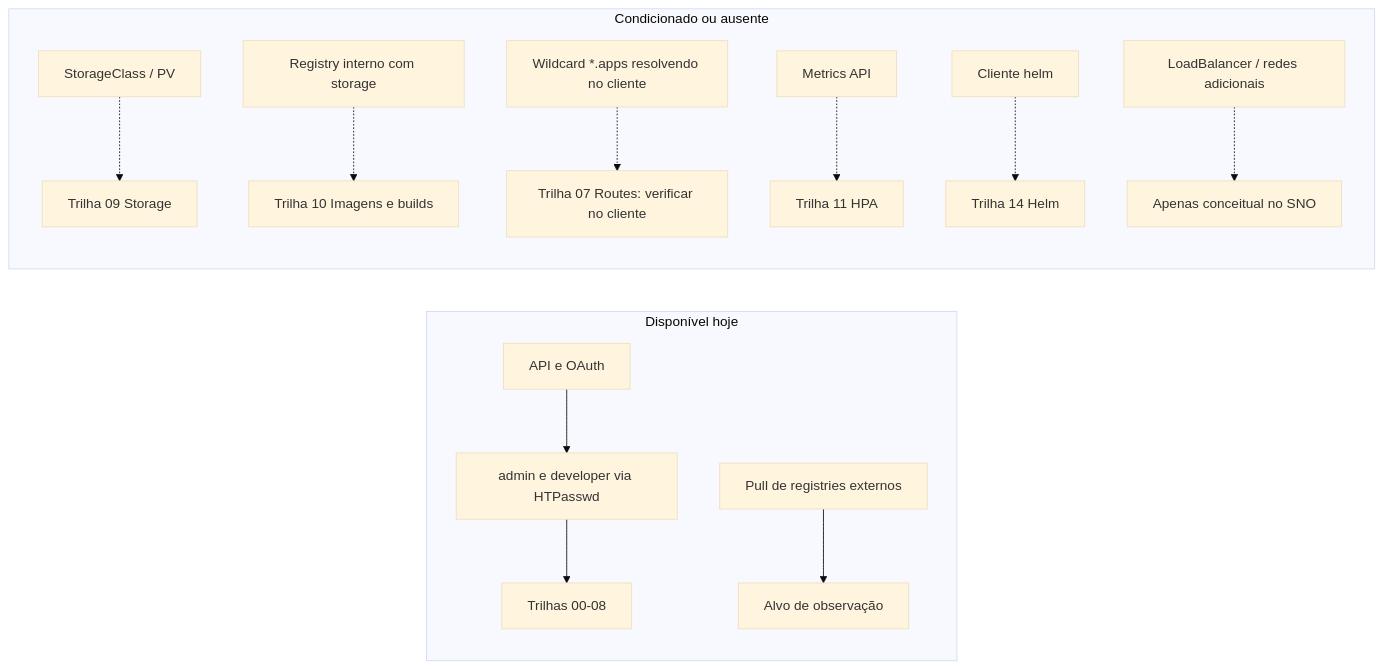
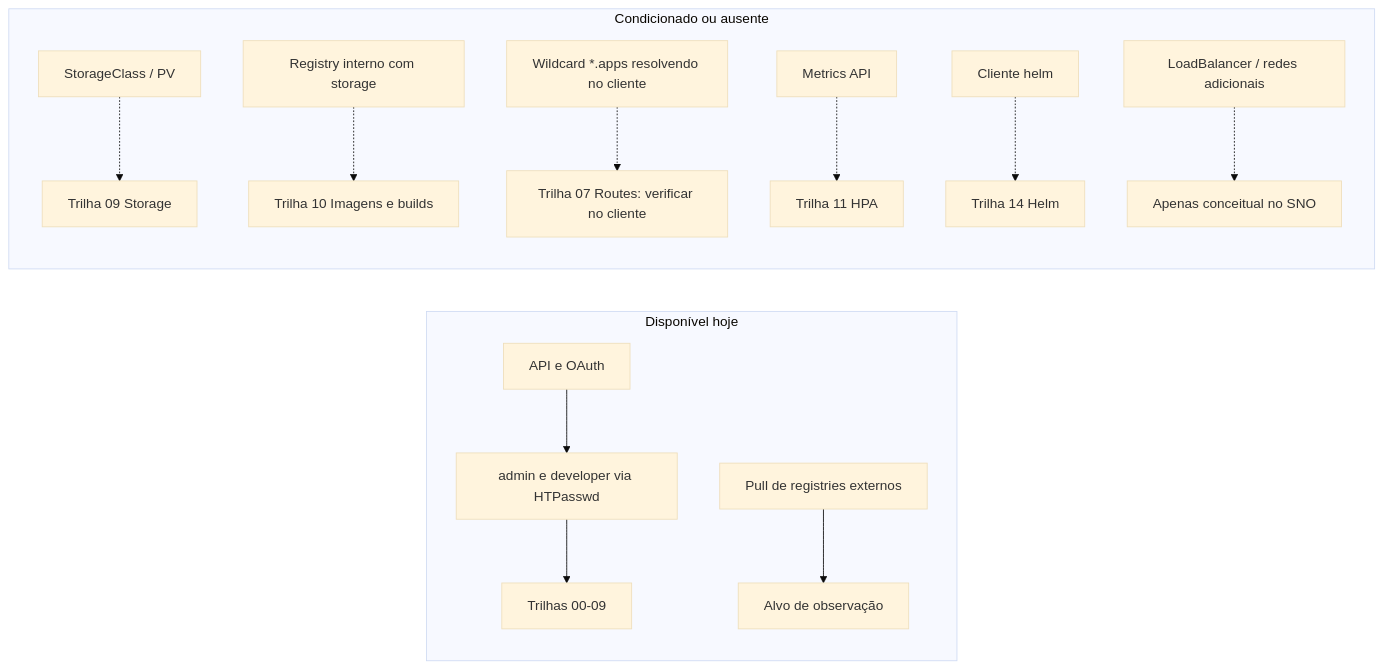
Before and after one commit to eduardoandradej/academia-comandos-openshift: the diagram in catalogo/matriz-competencias.md, drawn with Mermaid (base theme). The commit also changed other lines of this file and 59 other files, not shown here.

````diff
--- a/catalogo/matriz-competencias.md
+++ b/catalogo/matriz-competencias.md
@@ -51,16 +51,16 @@
 ```mermaid
 flowchart LR
   subgraph disponivel[Disponível hoje]
     API[API e OAuth] --> ID[admin e developer via HTPasswd]
-    ID --> T00[Trilhas 00-08]
+    ID --> T00[Trilhas 00-09]
     IMG[Pull de registries externos] --> T02[Alvo de observação]
   end
   subgraph condicionado[Condicionado ou ausente]
     SC[StorageClass / PV] -.-> T09[Trilha 09 Storage]
     REG[Registry interno com storage] -.-> T10[Trilha 10 Imagens e builds]
     DNS[Wildcard *.apps resolvendo no cliente] -.-> T07[Trilha 07 Routes: verificar no cliente]
     MET[Metrics API] -.-> T11[Trilha 11 HPA]
     HELM[Cliente helm] -.-> T14[Trilha 14 Helm]
     LB[LoadBalancer / redes adicionais] -.-> X[Apenas conceitual no SNO]
   end
 ```
````
